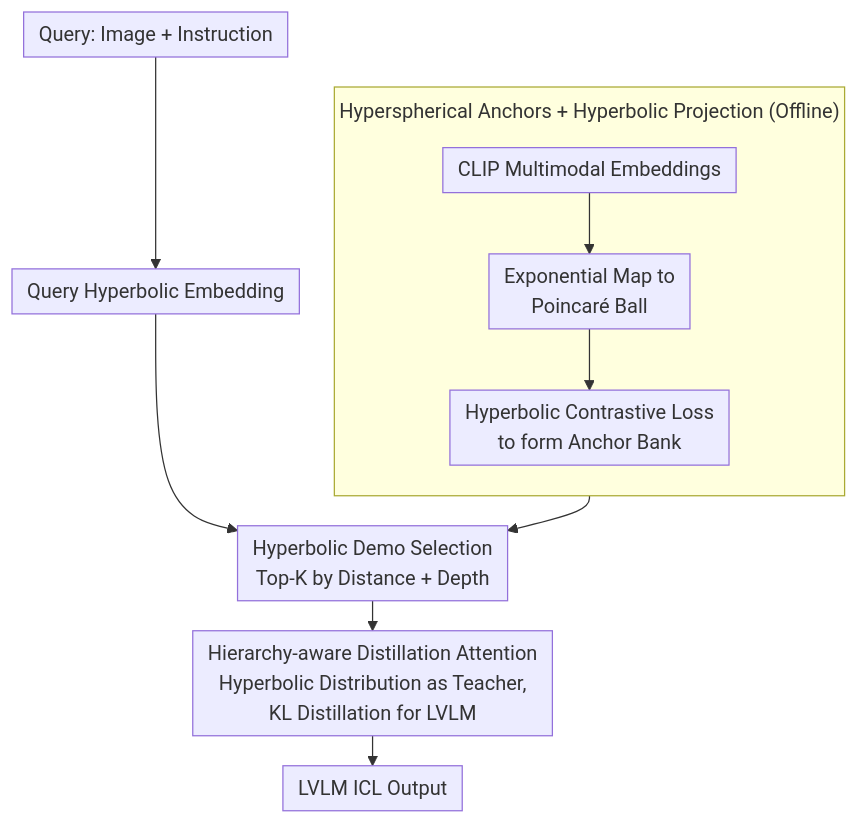
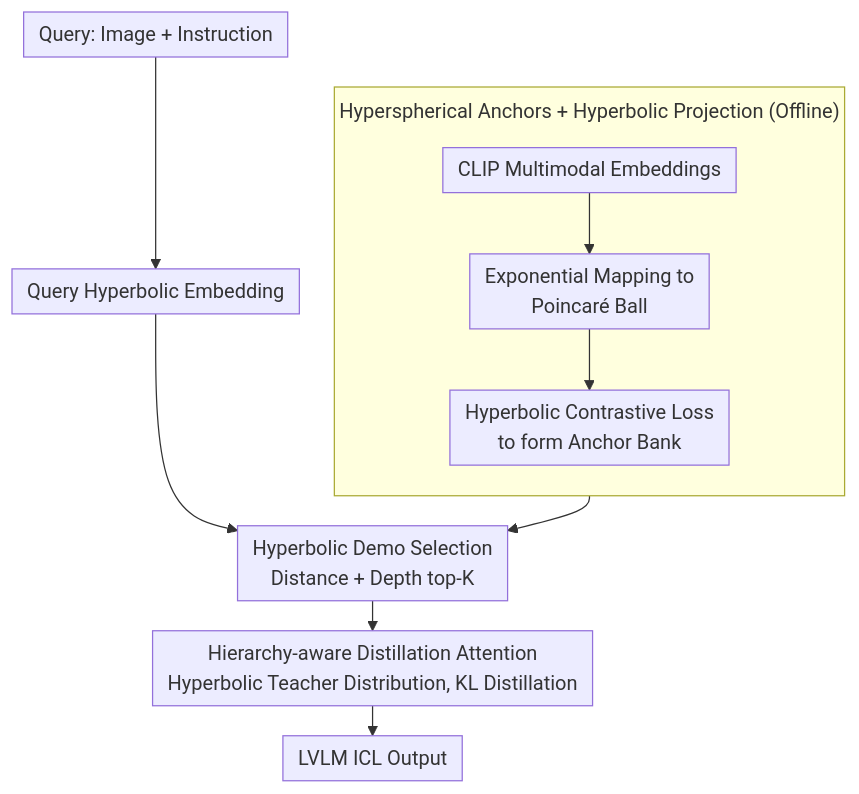
The diagram in docs/ICML2026/multimodal_vlm/hyper-icl_attention_calibration_with_hyperbolic_anchor_distillation_for_multimod.md (zhaoyang97/Paper-Notes-en), drawn with Mermaid before and after one commit. The commit also changed other lines of this file and 5084 other files, not shown here.

````diff
--- a/docs/ICML2026/multimodal_vlm/hyper-icl_attention_calibration_with_hyperbolic_anchor_distillation_for_multimod.md
+++ b/docs/ICML2026/multimodal_vlm/hyper-icl_attention_calibration_with_hyperbolic_anchor_distillation_for_multimod.md
@@ -42,14 +42,14 @@
 ```mermaid
 %%{init: {'flowchart': {'rankSpacing': 24, 'nodeSpacing': 28, 'padding': 6, 'wrappingWidth': 400, 'subGraphTitleMargin': {'top': 8, 'bottom': 16}}}}%%
 flowchart TD
     subgraph OFF["Hyperspherical Anchors + Hyperbolic Projection (Offline)"]
         direction TB
-        A["CLIP Multimodal Embeddings"] --> B["Exponential Map to<br/>Poincaré Ball"]
+        A["CLIP Multimodal Embeddings"] --> B["Exponential Mapping to<br/>Poincaré Ball"]
         B --> C["Hyperbolic Contrastive Loss<br/>to form Anchor Bank"]
     end
     Q["Query: Image + Instruction"] --> QE["Query Hyperbolic Embedding"]
-    C --> SEL["Hyperbolic Demo Selection<br/>Top-K by Distance + Depth"]
+    C --> SEL["Hyperbolic Demo Selection<br/>Distance + Depth top-K"]
     QE --> SEL
-    SEL --> ATT["Hierarchy-aware Distillation Attention<br/>Hyperbolic Distribution as Teacher,<br/>KL Distillation for LVLM"]
+    SEL --> ATT["Hierarchy-aware Distillation Attention<br/>Hyperbolic Teacher Distribution, KL Distillation"]
     ATT --> OUT["LVLM ICL Output"]
 ```
````
